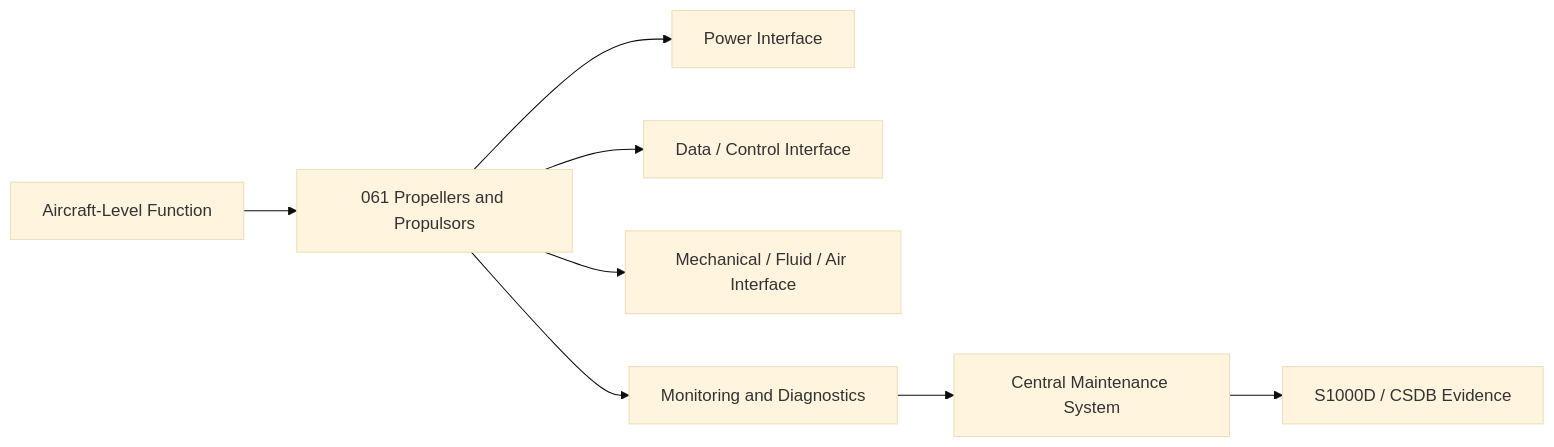
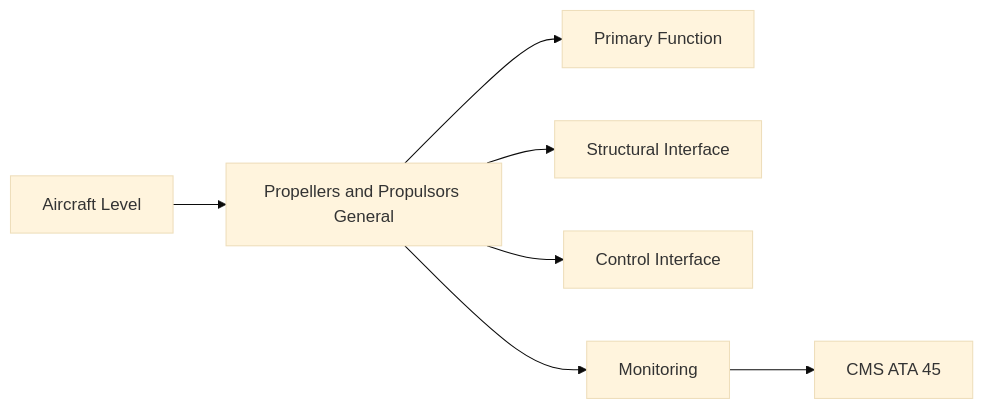
Before and after one commit to AmedeoPelliccia/Qplus-For-All-Queer-People-and-Quantum: the first of 2 diagrams in Q+ATLANTIDE/000-099_ATLAS/060-069_Propulsion-Tradicional/061_Propellers-and-Propulsors/061-000-Propellers-and-Propulsors-General.md, drawn with Mermaid (base theme). The commit also changed other lines of this file and 74 other files, not shown here.

````diff
--- a/Q+ATLANTIDE/000-099_ATLAS/060-069_Propulsion-Tradicional/061_Propellers-and-Propulsors/061-000-Propellers-and-Propulsors-General.md
+++ b/Q+ATLANTIDE/000-099_ATLAS/060-069_Propulsion-Tradicional/061_Propellers-and-Propulsors/061-000-Propellers-and-Propulsors-General.md
@@ -153,10 +86,9 @@
 ```mermaid
 flowchart LR
-    A[Aircraft-Level Function] --> B[061 Propellers and Propulsors]
-    B --> C[Power Interface]
-    B --> D[Data / Control Interface]
-    B --> E[Mechanical / Fluid / Air Interface]
-    B --> F[Monitoring and Diagnostics]
-    F --> G[Central Maintenance System]
-    G --> H[S1000D / CSDB Evidence]
+    A[Aircraft Level] --> B[Propellers and Propulsors General]
+    B --> C[Primary Function]
+    B --> D[Structural Interface]
+    B --> E[Control Interface]
+    B --> F[Monitoring]
+    F --> G[CMS ATA 45]
 ```
````
